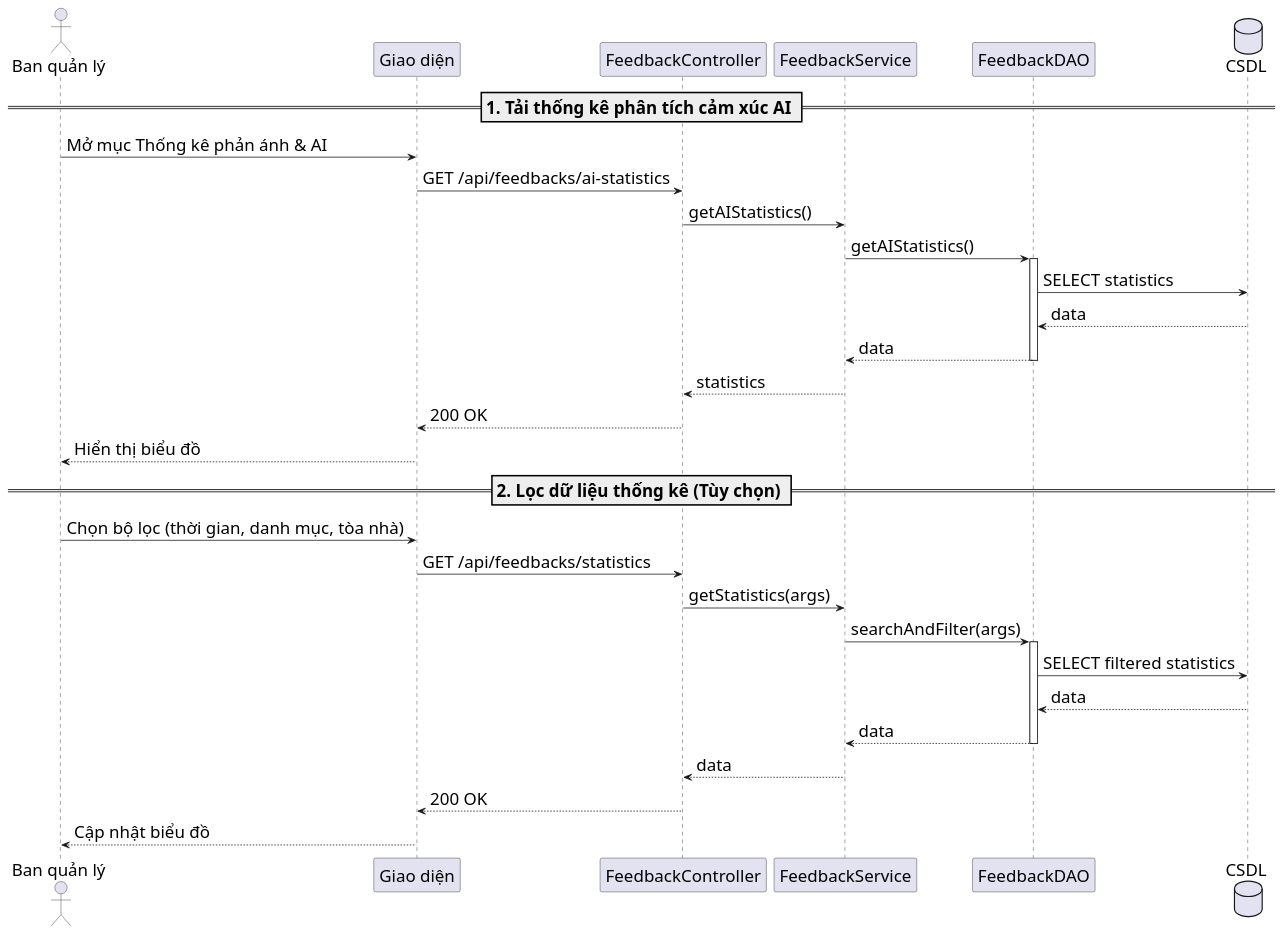
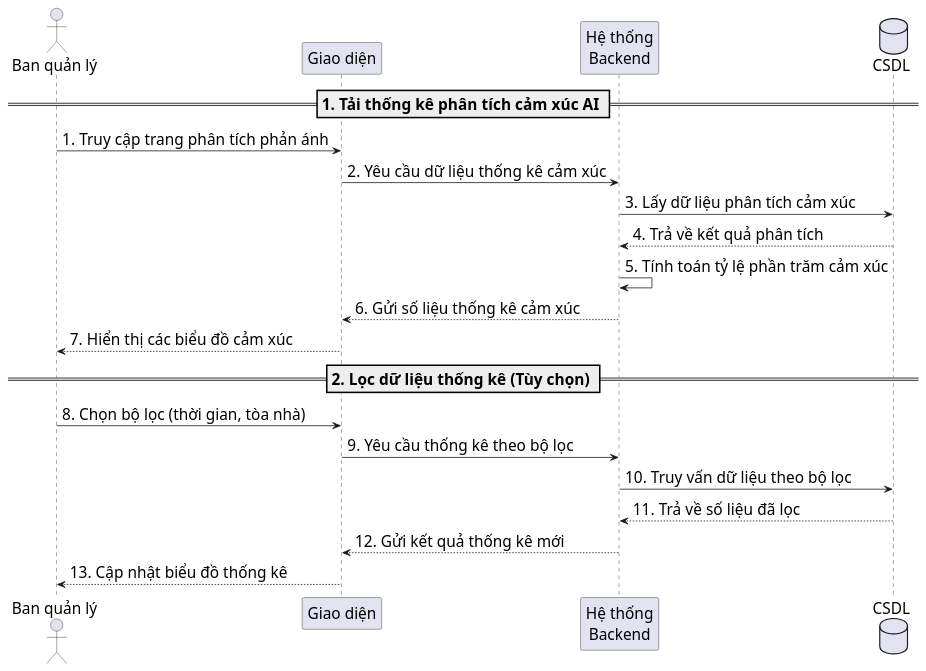
The diagram in diagrams/nhomphananh/feedback_sentiment_sequence.puml (s0nbuildtech287/dormitory-frontend), drawn with PlantUML before and after one commit. The commit also changed 23 other files, not shown here.

```diff
--- a/diagrams/nhomphananh/feedback_sentiment_sequence.puml
+++ b/diagrams/nhomphananh/feedback_sentiment_sequence.puml
@@ -1,40 +1,27 @@
 @startuml "Feedback Sentiment Sequence"
-skinparam defaultFontSize 22
+skinparam defaultFontSize 20
 skinparam defaultFontName "Times New Roman"
-skinparam sequenceMessageSize 22
+skinparam sequenceMessageSize 20
 
 actor "Ban quản lý" as Admin
 participant "Giao diện" as FE
-participant "FeedbackController" as FC
-participant "FeedbackService" as FS
-participant "FeedbackDAO" as FDAO
+participant "Hệ thống\nBackend" as BE
 database "CSDL" as DB
 
 == 1. Tải thống kê phân tích cảm xúc AI ==
-Admin -> FE: Mở mục Thống kê phản ánh & AI
-FE -> FC: GET /api/feedbacks/ai-statistics
-FC -> FS: getAIStatistics()
-FS -> FDAO: getAIStatistics()
-activate FDAO
-FDAO -> DB: SELECT statistics
-DB --> FDAO: data
-FDAO --> FS: data
-deactivate FDAO
-FS --> FC: statistics
-FC --> FE: 200 OK
-FE --> Admin: Hiển thị biểu đồ
+Admin -> FE: 1. Truy cập trang phân tích phản ánh
+FE -> BE: 2. Yêu cầu dữ liệu thống kê cảm xúc
+BE -> DB: 3. Lấy dữ liệu phân tích cảm xúc
+DB --> BE: 4. Trả về kết quả phân tích
+BE -> BE: 5. Tính toán tỷ lệ phần trăm cảm xúc
+BE --> FE: 6. Gửi số liệu thống kê cảm xúc
+FE --> Admin: 7. Hiển thị các biểu đồ cảm xúc
 
 == 2. Lọc dữ liệu thống kê (Tùy chọn) ==
-Admin -> FE: Chọn bộ lọc (thời gian, danh mục, tòa nhà)
-FE -> FC: GET /api/feedbacks/statistics
-FC -> FS: getStatistics(args)
-FS -> FDAO: searchAndFilter(args)
-activate FDAO
-FDAO -> DB: SELECT filtered statistics
-DB --> FDAO: data
-FDAO --> FS: data
-deactivate FDAO
-FS --> FC: data
-FC --> FE: 200 OK
-FE --> Admin: Cập nhật biểu đồ
+Admin -> FE: 8. Chọn bộ lọc (thời gian, tòa nhà)
+FE -> BE: 9. Yêu cầu thống kê theo bộ lọc
+BE -> DB: 10. Truy vấn dữ liệu theo bộ lọc
+DB --> BE: 11. Trả về số liệu đã lọc
+BE --> FE: 12. Gửi kết quả thống kê mới
+FE --> Admin: 13. Cập nhật biểu đồ thống kê
 @enduml
```
